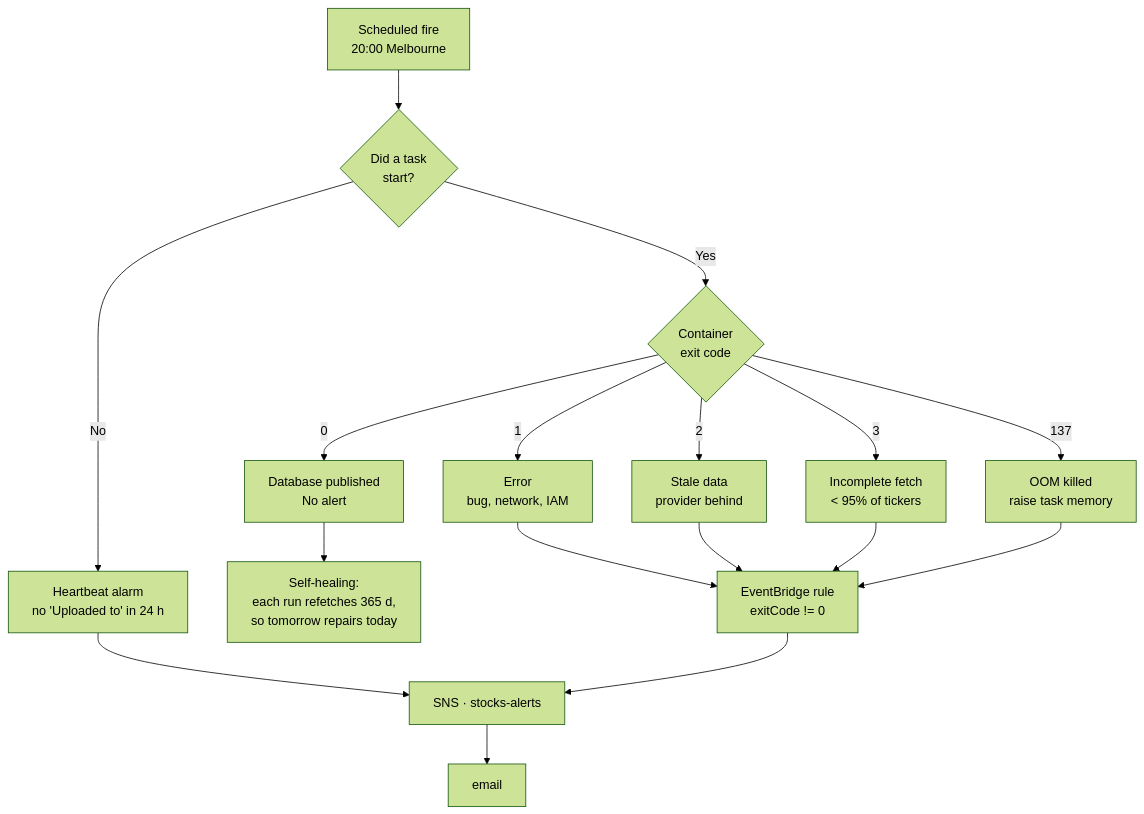
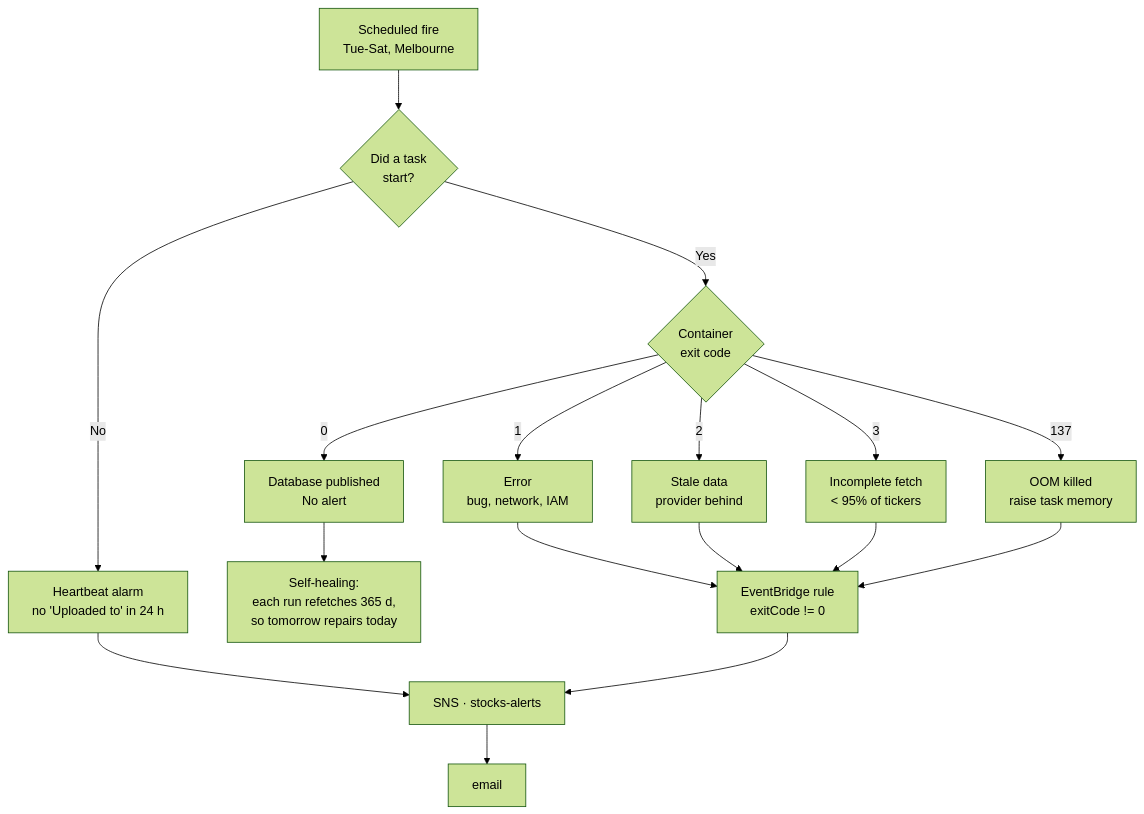
Before and after one commit to ryandam9/Stocks: the fourth of 5 diagrams in docs/AWS_DEPLOYMENT_SPEC.md, drawn with Mermaid (forest theme). The commit also changed other lines of this file and 1 other file, not shown here.

First line of the commit message:
Run Tue-Sat: ASX at 07:15, US at 09:30 Melbourne

````diff
--- a/docs/AWS_DEPLOYMENT_SPEC.md
+++ b/docs/AWS_DEPLOYMENT_SPEC.md
@@ -500,20 +504,20 @@
 ```mermaid
 flowchart TD
-    START["Scheduled fire<br/>20:00 Melbourne"] --> RAN{"Did a task<br/>start?"}
+    START["Scheduled fire<br/>Tue-Sat, Melbourne"] --> RAN{"Did a task<br/>start?"}
 
     RAN -->|No| H["Heartbeat alarm<br/>no 'Uploaded to' in 24 h"]
     RAN -->|Yes| EXIT{"Container<br/>exit code"}
 
     EXIT -->|0| OK["Database published<br/>No alert"]
     EXIT -->|1| E1["Error<br/>bug, network, IAM"]
     EXIT -->|2| E2["Stale data<br/>provider behind"]
     EXIT -->|3| E3["Incomplete fetch<br/>< 95% of tickers"]
     EXIT -->|137| E4["OOM killed<br/>raise task memory"]
 
     E1 & E2 & E3 & E4 --> RULE["EventBridge rule<br/>exitCode != 0"]
     RULE --> SNS["SNS · stocks-alerts"]
     H --> SNS
     SNS --> MAIL["email"]
 
     OK --> NOTE["Self-healing:<br/>each run refetches 365 d,<br/>so tomorrow repairs today"]
 ```
````
